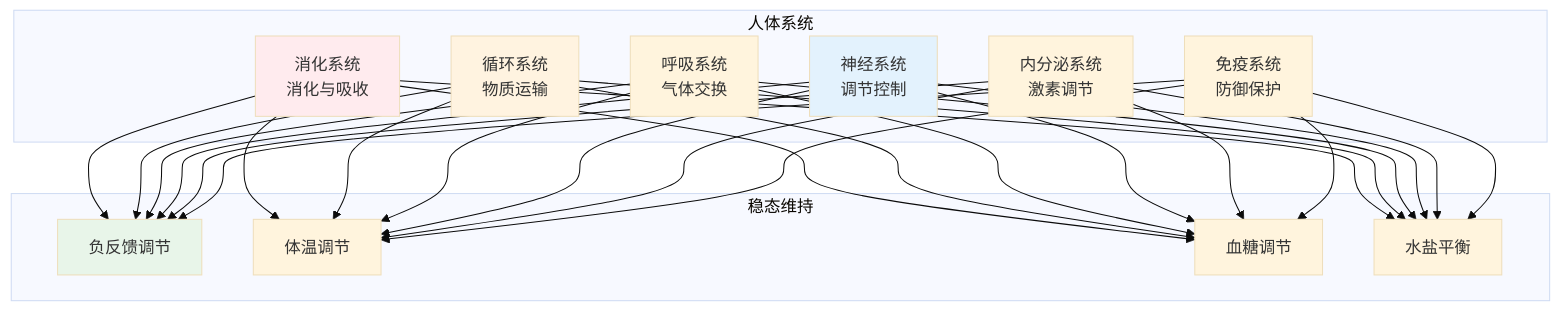
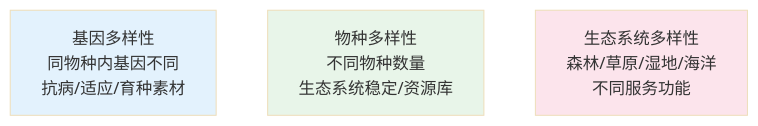
One commit to wxyClark/wxyClark.github.io changed the tenth of 11 diagrams in content/natural-sciences/biology/index.md. Above: the diagram before and after it, drawn with Mermaid (base theme). The commit also changed other lines of this file and 11 other files, not shown here.

````diff
--- a/content/natural-sciences/biology/index.md
+++ b/content/natural-sciences/biology/index.md
@@ -222,25 +261,10 @@
 ```mermaid
-flowchart TB
-    subgraph 人体系统
-        S1[消化系统<br/>消化与吸收]
-        S2[循环系统<br/>物质运输]
-        S3[呼吸系统<br/>气体交换]
-        S4[神经系统<br/>调节控制]
-        S5[内分泌系统<br/>激素调节]
-        S6[免疫系统<br/>防御保护]
-    end
+flowchart TD
+    B1[基因多样性<br/>同物种内基因不同<br/>抗病/适应/育种素材] 
+    B2[物种多样性<br/>不同物种数量<br/>生态系统稳定/资源库] 
+    B3[生态系统多样性<br/>森林/草原/湿地/海洋<br/>不同服务功能] 
     
-    subgraph 稳态维持
-        H1[负反馈调节]
-        H2[体温调节]
-        H3[血糖调节]
-        H4[水盐平衡]
-    end
-    
-    S1 & S2 & S3 & S4 & S5 & S6 --> H1 & H2 & H3 & H4
-    
-    style S1 fill:#ffebee
-    style S2 fill:#fff3e0
-    style S4 fill:#e3f2fd
-    style H1 fill:#e8f5e9
+    style B1 fill:#e3f2fd
+    style B2 fill:#e8f5e9
+    style B3 fill:#fce4ec
 ```
````
